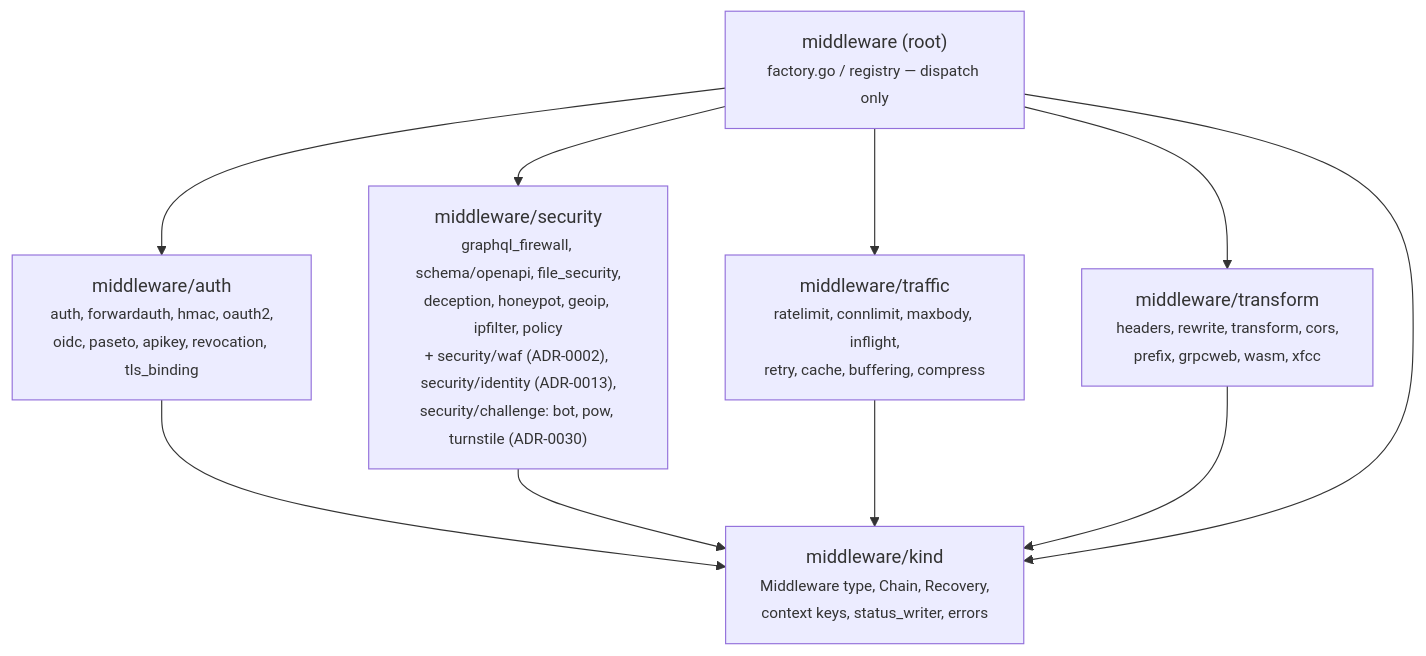
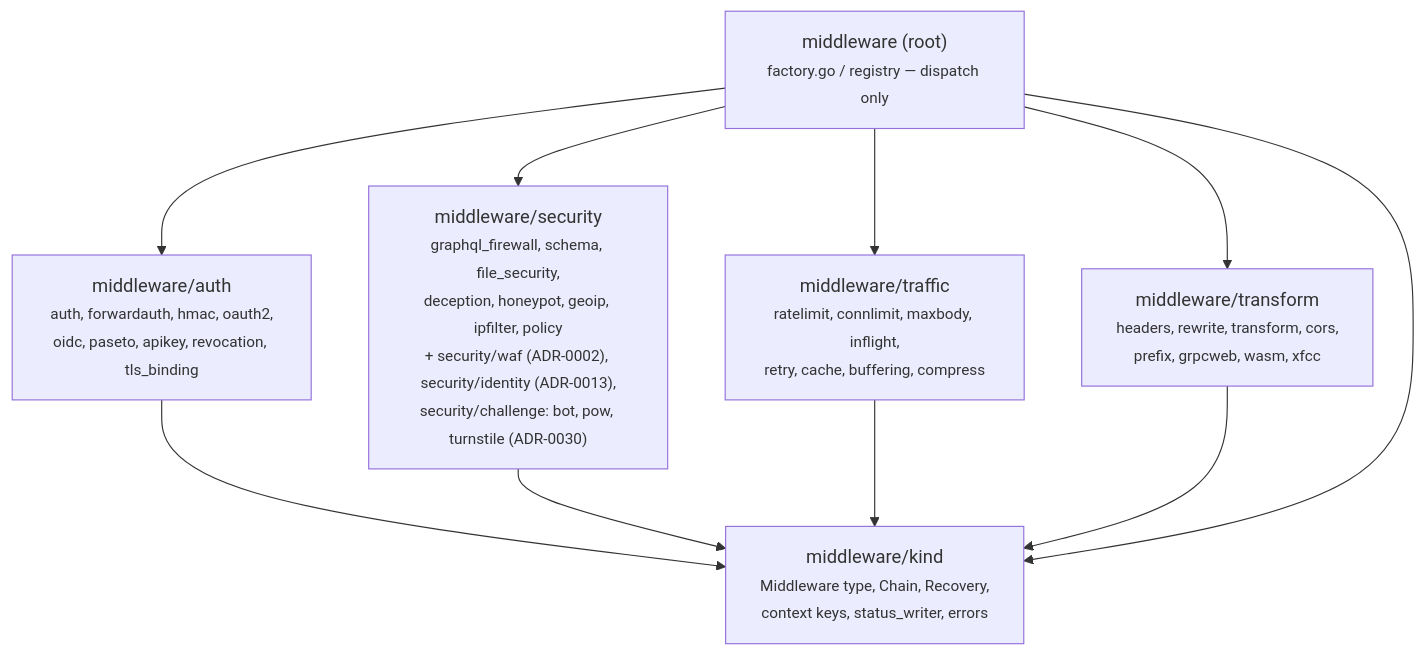
The third of 3 diagrams in doc/architecture.md (gsoultan/gateon), drawn with Mermaid before and after one commit. The commit also changed 20 other files, not shown here.

````diff
--- a/doc/architecture.md
+++ b/doc/architecture.md
@@ -68,22 +68,22 @@
 ```mermaid
 flowchart TD
     Kind["middleware/kind<br/><small>Middleware type, Chain, Recovery,<br/>context keys, status_writer, errors</small>"]
 
     Auth["middleware/auth<br/><small>auth, forwardauth, hmac, oauth2,<br/>oidc, paseto, apikey, revocation, tls_binding</small>"]
-    Sec["middleware/security<br/><small>graphql_firewall, schema/openapi, file_security,<br/>deception, honeypot, geoip, ipfilter, policy<br/>+ security/waf (ADR-0002), security/identity (ADR-0013),<br/>security/challenge: bot, pow, turnstile (ADR-0030)</small>"]
+    Sec["middleware/security<br/><small>graphql_firewall, schema, file_security,<br/>deception, honeypot, geoip, ipfilter, policy<br/>+ security/waf (ADR-0002), security/identity (ADR-0013),<br/>security/challenge: bot, pow, turnstile (ADR-0030)</small>"]
     Traf["middleware/traffic<br/><small>ratelimit, connlimit, maxbody, inflight,<br/>retry, cache, buffering, compress</small>"]
     Trans["middleware/transform<br/><small>headers, rewrite, transform, cors,<br/>prefix, grpcweb, wasm, xfcc</small>"]
 
     Root["middleware (root)<br/><small>factory.go / registry — dispatch only</small>"]
 
     Auth --> Kind
     Sec --> Kind
     Traf --> Kind
     Trans --> Kind
 
     Root --> Auth
     Root --> Sec
     Root --> Traf
     Root --> Trans
     Root --> Kind
 ```
````
